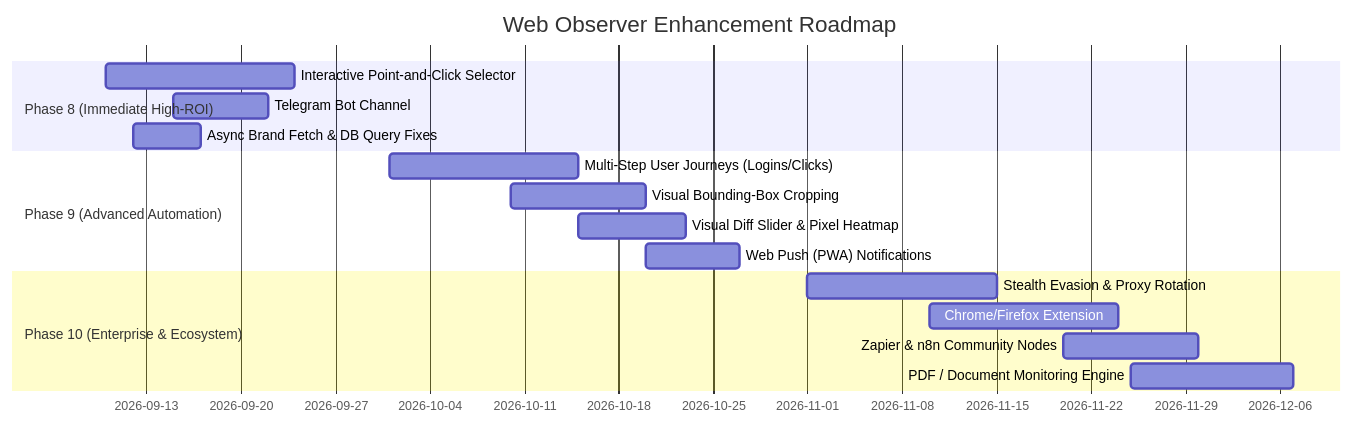
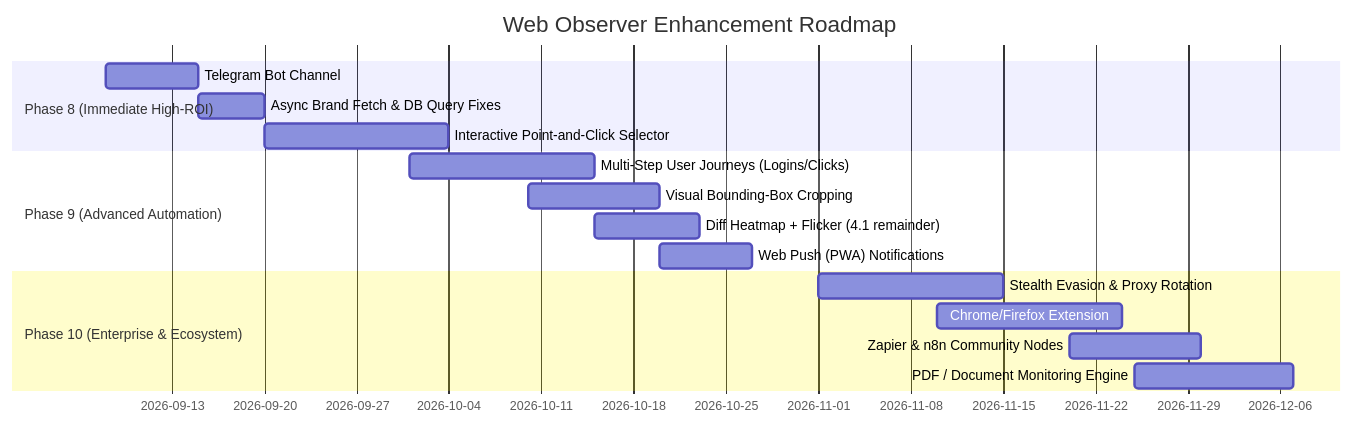
The diagram in enhancement.md (sunil-gumatimath/web-observer), drawn with Mermaid before and after one commit. The commit also changed other lines of this file, not shown here.

Commit message:
docs: mark semantic + slider-base done, resequence Phase 8, defer paid proxy to Phase 10

````diff
--- a/enhancement.md
+++ b/enhancement.md
@@ -230,19 +235,19 @@
 ```mermaid
 gantt
     title Web Observer Enhancement Roadmap
     dateFormat  YYYY-MM-DD
     section Phase 8 (Immediate High-ROI)
-    Interactive Point-and-Click Selector    :2026-09-10, 14d
-    Telegram Bot Channel                   :2026-09-15, 7d
-    Async Brand Fetch & DB Query Fixes     :2026-09-12, 5d
+    Telegram Bot Channel                   :p8telegram, 2026-09-08, 7d
+    Async Brand Fetch & DB Query Fixes     :p8hard, after p8telegram, 5d
+    Interactive Point-and-Click Selector   :p8selector, after p8hard, 14d
     section Phase 9 (Advanced Automation)
     Multi-Step User Journeys (Logins/Clicks) :2026-10-01, 14d
     Visual Bounding-Box Cropping           :2026-10-10, 10d
-    Visual Diff Slider & Pixel Heatmap      :2026-10-15, 8d
+    Diff Heatmap + Flicker (4.1 remainder) :2026-10-15, 8d
     Web Push (PWA) Notifications           :2026-10-20, 7d
     section Phase 10 (Enterprise & Ecosystem)
     Stealth Evasion & Proxy Rotation       :2026-11-01, 14d
     Chrome/Firefox Extension               :2026-11-10, 14d
     Zapier & n8n Community Nodes           :2026-11-20, 10d
     PDF / Document Monitoring Engine       :2026-11-25, 12d
 ```
````
